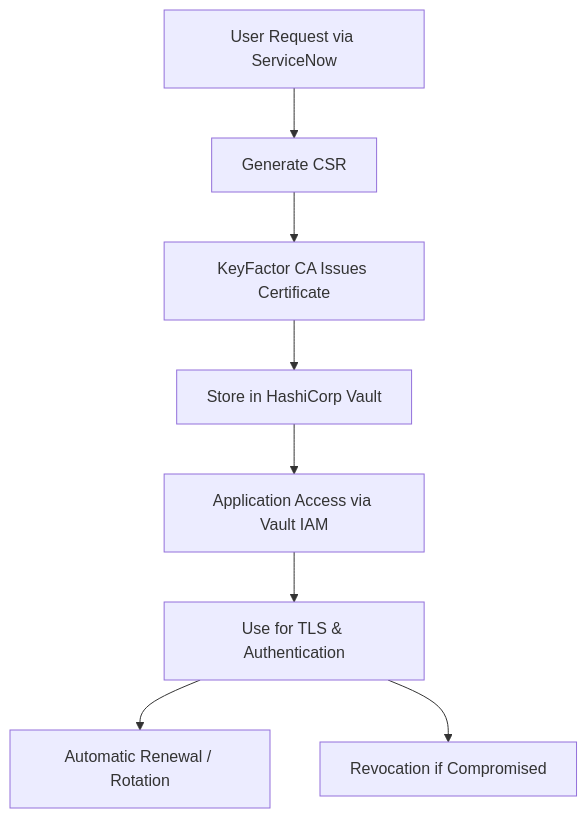
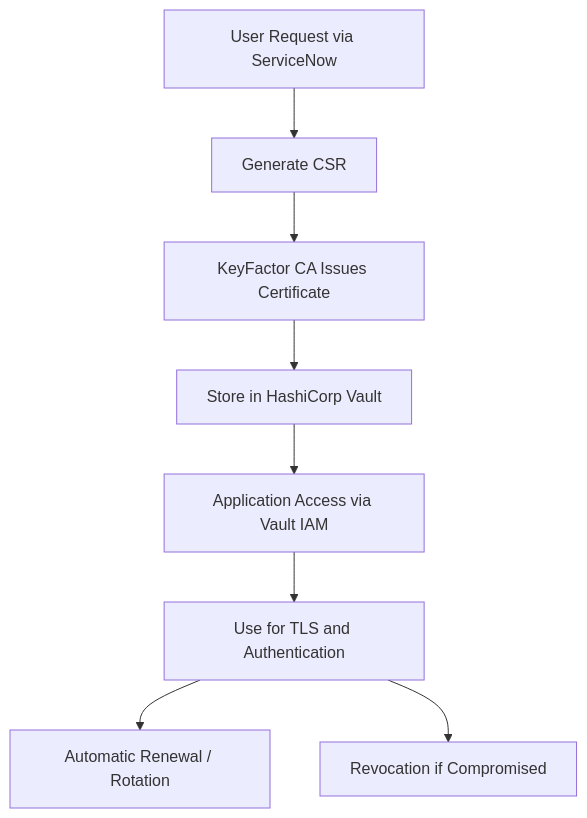
One commit to EC528-Fall-2025/AutoSec-Certs changed the diagram in README.md. Above: the diagram before and after it, drawn with Mermaid.

Commit message:
Update README with project details

````diff
--- a/README.md
+++ b/README.md
@@ -51,10 +51,10 @@
 ```mermaid
 flowchart TD
     A[User Request via ServiceNow] --> B[Generate CSR]
     B --> C[KeyFactor CA Issues Certificate]
     C --> D[Store in HashiCorp Vault]
     D --> E[Application Access via Vault IAM]
-    E --> F[Use for TLS & Authentication]
+    E --> F[Use for TLS and Authentication]
     F --> G[Automatic Renewal / Rotation]
     F --> H[Revocation if Compromised]
 ```
````
